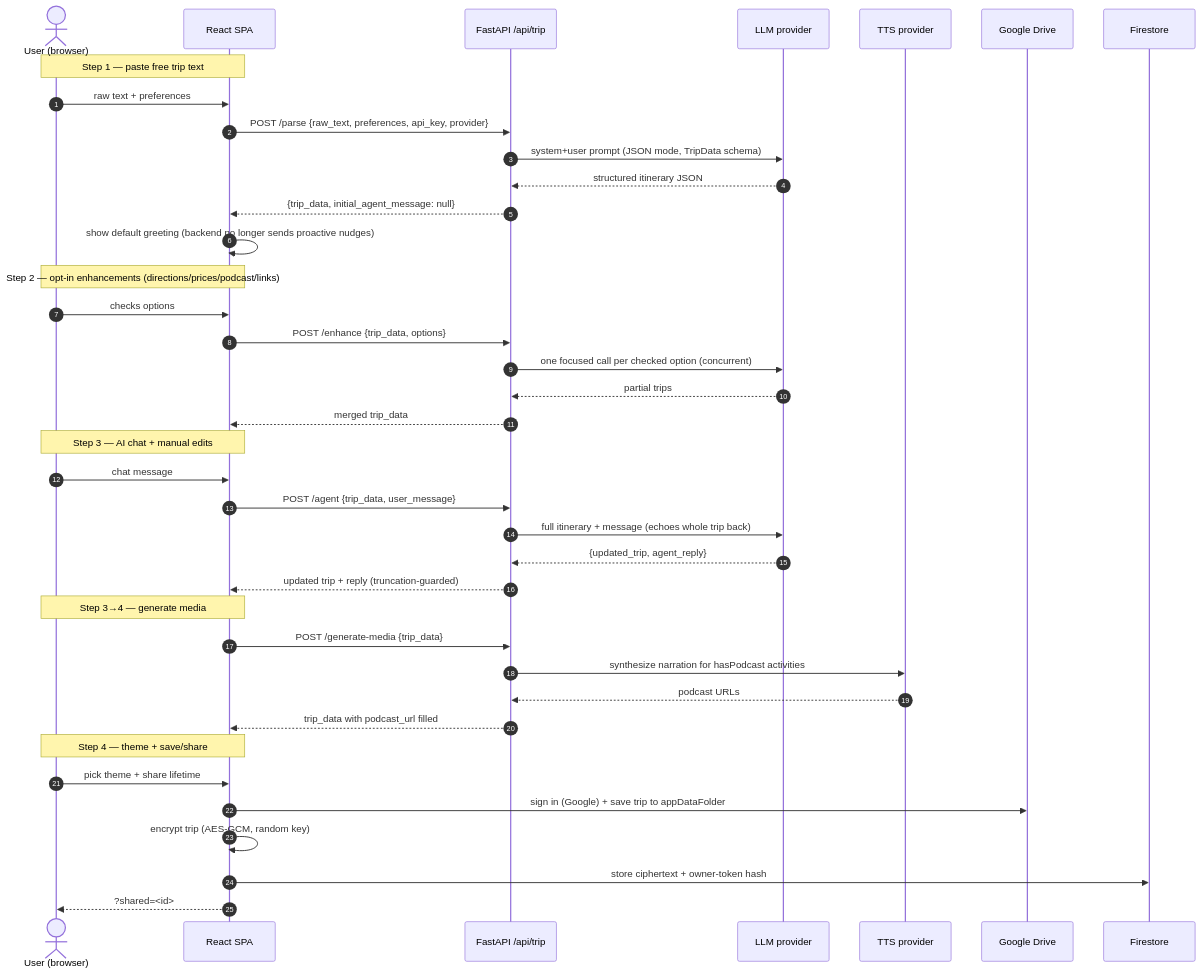
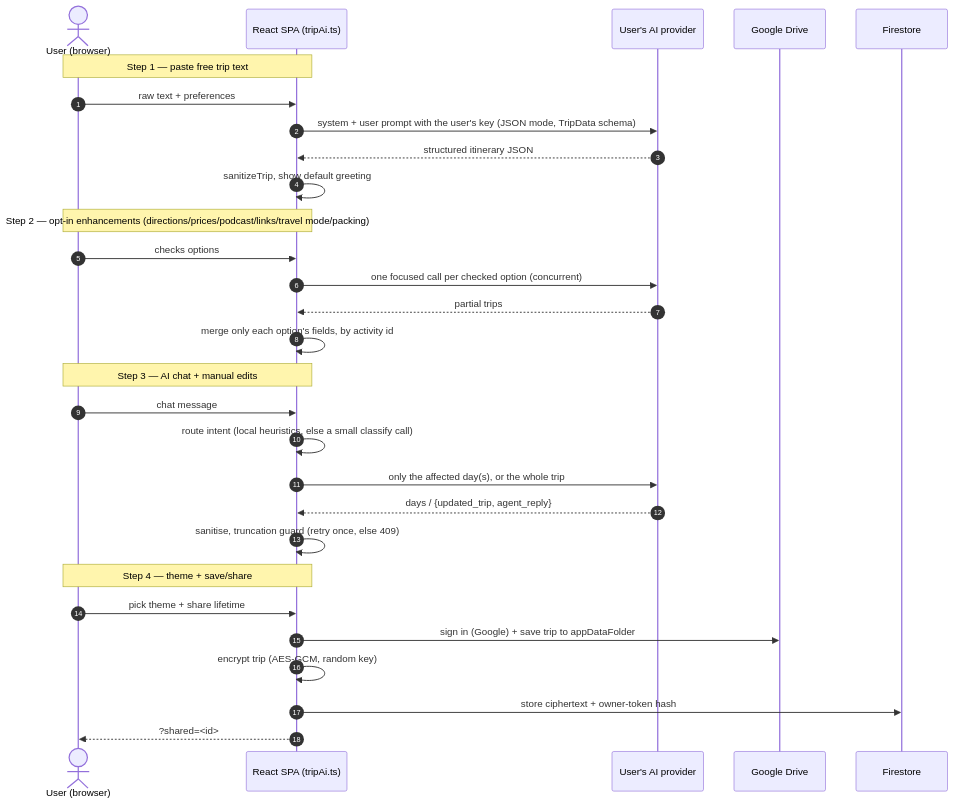
One commit to joka-7/AppMyTrip changed the third of 5 diagrams in docs/HLD.md. Above: the diagram before and after it, drawn with Mermaid. The commit also changed other lines of this file and 72 other files, not shown here.

First line of the commit message:
feat(ai)!: run trip AI in the browser and delete the backend

````diff
--- a/docs/HLD.md
+++ b/docs/HLD.md
@@ -147,46 +118,35 @@
 ```mermaid
 sequenceDiagram
     autonumber
     actor U as User (browser)
-    participant FE as React SPA
-    participant API as FastAPI /api/trip
-    participant LLM as LLM provider
-    participant TTS as TTS provider
+    participant FE as React SPA (tripAi.ts)
+    participant LLM as User's AI provider
     participant G as Google Drive
     participant FS as Firestore
 
     Note over U,FE: Step 1 — paste free trip text
     U->>FE: raw text + preferences
-    FE->>API: POST /parse {raw_text, preferences, api_key, provider}
-    API->>LLM: system+user prompt (JSON mode, TripData schema)
-    LLM-->>API: structured itinerary JSON
-    API-->>FE: {trip_data, initial_agent_message: null}
-    FE->>FE: show default greeting (backend no longer sends proactive nudges)
+    FE->>LLM: system + user prompt with the user's key (JSON mode, TripData schema)
+    LLM-->>FE: structured itinerary JSON
+    FE->>FE: sanitizeTrip, show default greeting
 
-    Note over U,FE: Step 2 — opt-in enhancements (directions/prices/podcast/links)
+    Note over U,FE: Step 2 — opt-in enhancements (directions/prices/podcast/links/travel mode/packing)
     U->>FE: checks options
-    FE->>API: POST /enhance {trip_data, options}
-    API->>LLM: one focused call per checked option (concurrent)
-    LLM-->>API: partial trips
-    API-->>FE: merged trip_data
+    FE->>LLM: one focused call per checked option (concurrent)
+    LLM-->>FE: partial trips
+    FE->>FE: merge only each option's fields, by activity id
 
     Note over U,FE: Step 3 — AI chat + manual edits
     U->>FE: chat message
-    FE->>API: POST /agent {trip_data, user_message}
-    API->>LLM: full itinerary + message (echoes whole trip back)
-    LLM-->>API: {updated_trip, agent_reply}
-    API-->>FE: updated trip + reply (truncation-guarded)
-
-    Note over U,FE: Step 3→4 — generate media
-    FE->>API: POST /generate-media {trip_data}
-    API->>TTS: synthesize narration for hasPodcast activities
-    TTS-->>API: podcast URLs
-    API-->>FE: trip_data with podcast_url filled
+    FE->>FE: route intent (local heuristics, else a small classify call)
+    FE->>LLM: only the affected day(s), or the whole trip
+    LLM-->>FE: days / {updated_trip, agent_reply}
+    FE->>FE: sanitise, truncation guard (retry once, else 409)
 
     Note over U,FE: Step 4 — theme + save/share
     U->>FE: pick theme + share lifetime
     FE->>G: sign in (Google) + save trip to appDataFolder
     FE->>FE: encrypt trip (AES-GCM, random key)
     FE->>FS: store ciphertext + owner-token hash
     FE-->>U: ?shared=<id>#k=<key> link (key never sent to a server)
 ```
````
